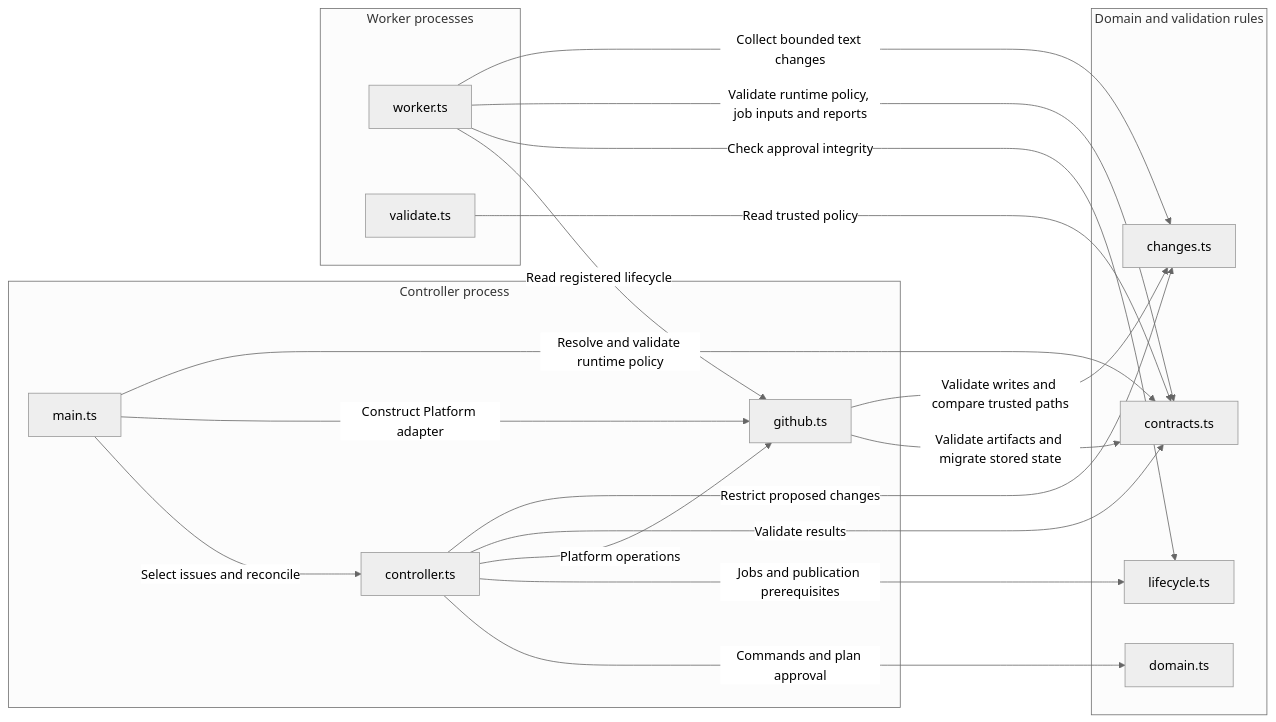
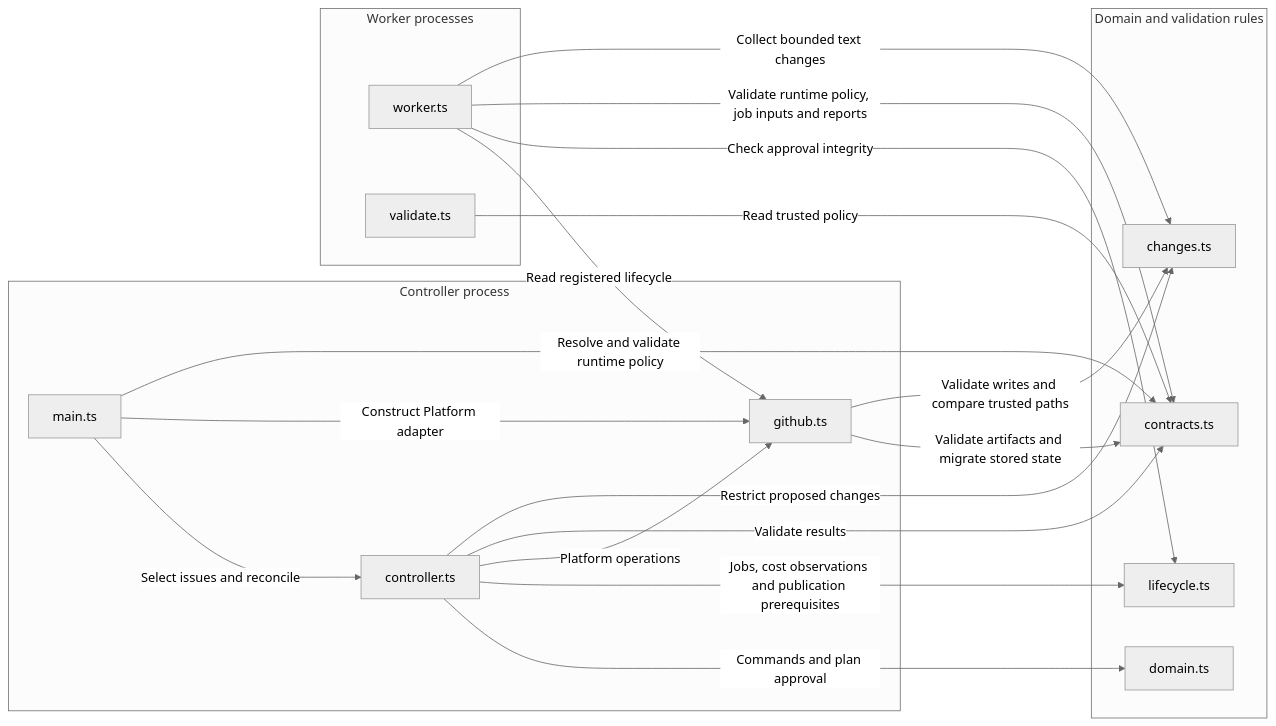
The seventh of 7 diagrams in docs/architecture.md (dav1dc-cs-test-org/agentic-sdlc-prototype), drawn with Mermaid (neutral theme) before and after one commit. The commit also changed other lines of this file and 12 other files, not shown here.

Commit message:
a variety of bug fixes, 4 to be precise: Fixed unbounded cost-receipt retries, lost costs from cancelled or superseded jobs, missed late receipts, and conflicting Documentation-stage edit instructions.

````diff
--- a/docs/architecture.md
+++ b/docs/architecture.md
@@ -604,33 +659,33 @@
 ```mermaid
 flowchart LR
     subgraph ComponentControl["Controller process"]
         ComponentMain["main.ts"]
         ComponentController["controller.ts"]
         ComponentGitHub["github.ts"]
     end
     subgraph ComponentRules["Domain and validation rules"]
         ComponentDomain["domain.ts"]
         ComponentLifecycle["lifecycle.ts"]
         ComponentContracts["contracts.ts"]
         ComponentChanges["changes.ts"]
     end
     subgraph ComponentExecution["Worker processes"]
         ComponentWorker["worker.ts"]
         ComponentValidate["validate.ts"]
     end
     ComponentMain -->|"Select issues and reconcile"| ComponentController
     ComponentMain -->|"Construct Platform adapter"| ComponentGitHub
     ComponentMain -->|"Resolve and validate runtime policy"| ComponentContracts
     ComponentController -->|"Commands and plan approval"| ComponentDomain
-    ComponentController -->|"Jobs and publication prerequisites"| ComponentLifecycle
+    ComponentController -->|"Jobs, cost observations and publication prerequisites"| ComponentLifecycle
     ComponentController -->|"Platform operations"| ComponentGitHub
     ComponentController -->|"Validate results"| ComponentContracts
     ComponentController -->|"Restrict proposed changes"| ComponentChanges
     ComponentGitHub -->|"Validate artifacts and migrate stored state"| ComponentContracts
     ComponentGitHub -->|"Validate writes and compare trusted paths"| ComponentChanges
     ComponentWorker -->|"Read registered lifecycle"| ComponentGitHub
     ComponentWorker -->|"Check approval integrity"| ComponentLifecycle
     ComponentWorker -->|"Validate runtime policy, job inputs and reports"| ComponentContracts
     ComponentWorker -->|"Collect bounded text changes"| ComponentChanges
     ComponentValidate -->|"Read trusted policy"| ComponentContracts
 ```
````
